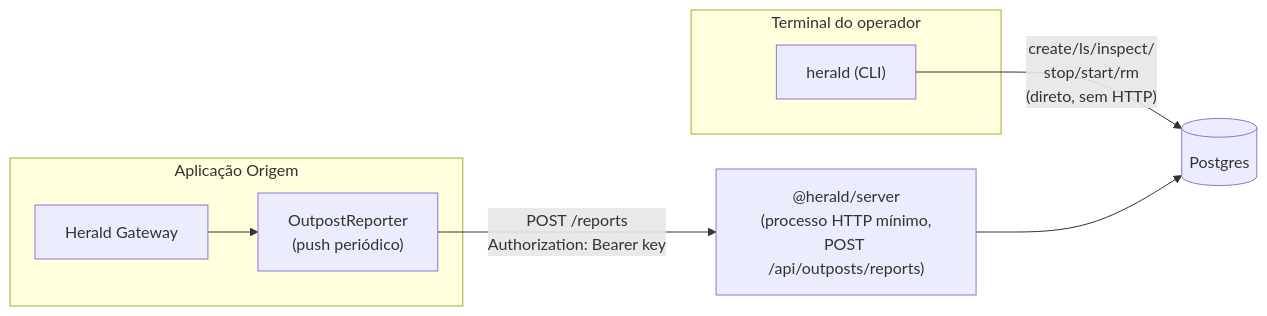
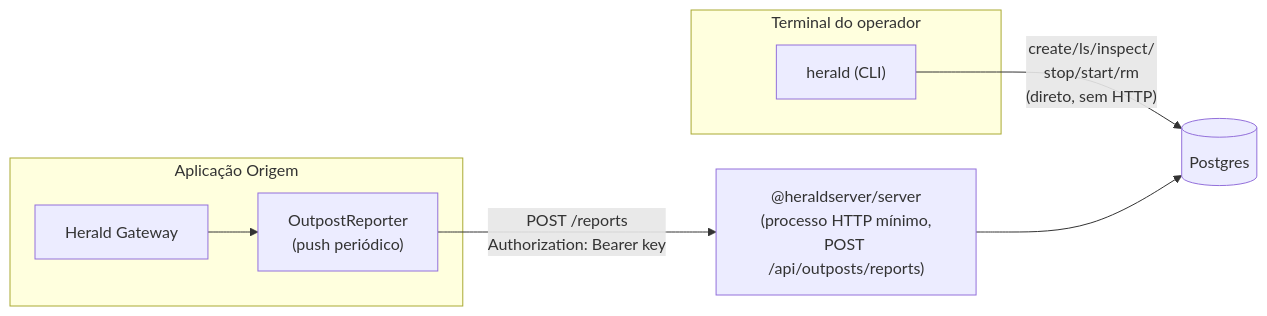
Before and after one commit to icaroalbar/herald-protocol: the second of 5 diagrams in ARCHITECTURE.md, drawn with Mermaid. The commit also changed other lines of this file and 49 other files, not shown here.

First line of the commit message:
refactor: renomeia @herald/* -> @heraldserver/* (npm publish real)

````diff
--- a/ARCHITECTURE.md
+++ b/ARCHITECTURE.md
@@ -78,19 +78,19 @@
 ```mermaid
 flowchart LR
     subgraph Operador["Terminal do operador"]
         CLI["herald (CLI)"]
     end
 
     subgraph Origem["Aplicação Origem"]
         GW2[Herald Gateway]
         REP["OutpostReporter<br/>(push periódico)"]
     end
 
     PG[(Postgres)]
-    SRV["@herald/server<br/>(processo HTTP mínimo,<br/>POST /api/outposts/reports)"]
+    SRV["@heraldserver/server<br/>(processo HTTP mínimo,<br/>POST /api/outposts/reports)"]
 
     CLI -->|"create/ls/inspect/<br/>stop/start/rm<br/>(direto, sem HTTP)"| PG
     GW2 --> REP
     REP -->|"POST /reports<br/>Authorization: Bearer key"| SRV
     SRV --> PG
 ```
````
